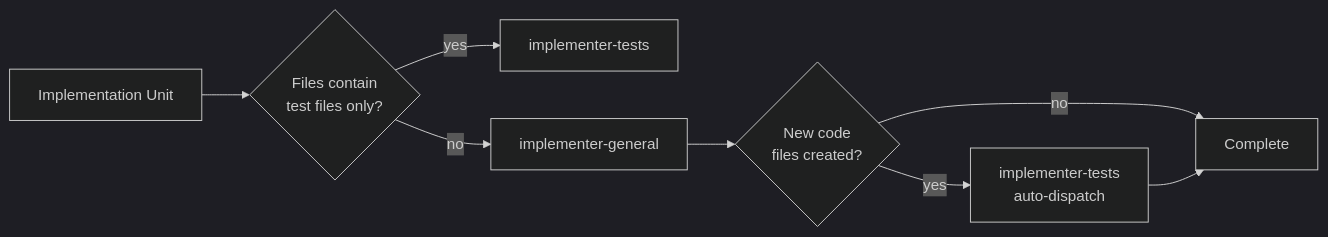
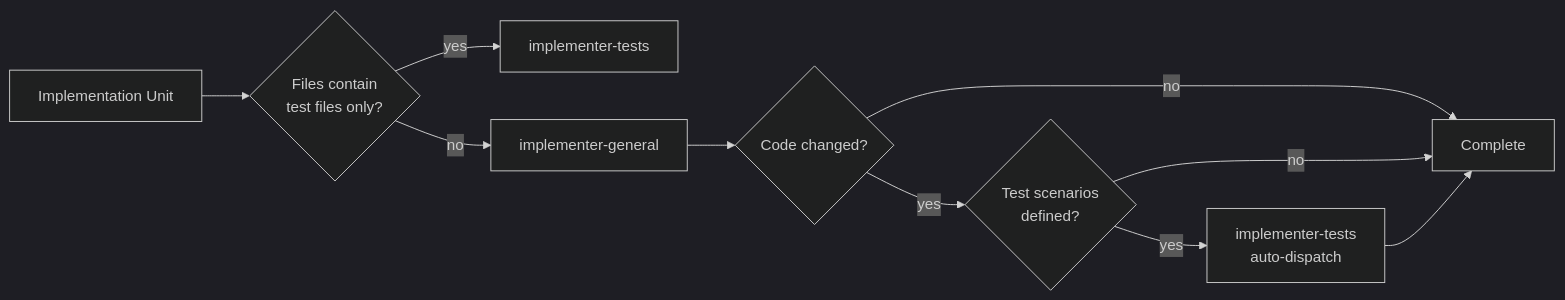
One commit to Taegost/taegosts-skills changed the second of 3 diagrams in docs/plans/2026-07-05-001-feat-test-coverage-token-efficiency-plan.md. Above: the diagram before and after it, drawn with Mermaid (dark theme). The commit also changed other lines of this file, not shown here.

````diff
--- a/docs/plans/2026-07-05-001-feat-test-coverage-token-efficiency-plan.md
+++ b/docs/plans/2026-07-05-001-feat-test-coverage-token-efficiency-plan.md
@@ -83,10 +83,12 @@
 ```mermaid
 flowchart LR
     IU[Implementation Unit] --> IG{Files contain<br>test files only?}
     IG -->|yes| IT[implementer-tests]
     IG -->|no| IG2[implementer-general]
-    IG2 --> NF{New code<br>files created?}
-    NF -->|yes| IT2[implementer-tests<br>auto-dispatch]
-    NF -->|no| Done[Complete]
+    IG2 --> CC{Code changed?}
+    CC -->|no| Done[Complete]
+    CC -->|yes| TS{Test scenarios<br>defined?}
+    TS -->|no| Done
+    TS -->|yes| IT2[implementer-tests<br>auto-dispatch]
     IT2 --> Done
 ```
````
